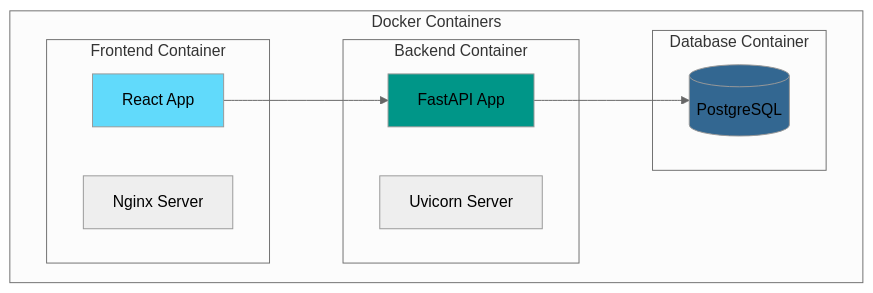
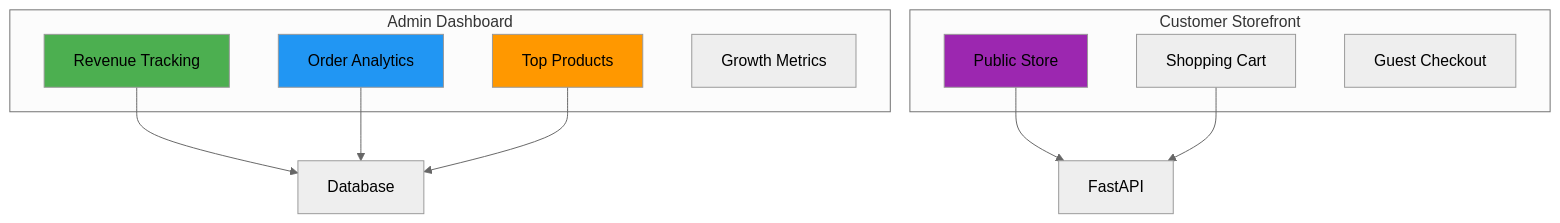
The second of 2 diagrams in README.md (joshzacharytan/generation-capstone), drawn with Mermaid (neutral theme) before and after one commit. The commit also changed other lines of this file and 4 other files, not shown here.

````diff
--- a/README.md
+++ b/README.md
@@ -425,25 +148,26 @@
 ```mermaid
 graph TB
-    subgraph "Docker Containers"
-        subgraph "Frontend Container"
-            React[React App]
-            Nginx[Nginx Server]
-        end
-        
-        subgraph "Backend Container"
-            FastAPI[FastAPI App]
-            Uvicorn[Uvicorn Server]
-        end
-        
-        subgraph "Database Container"
-            Postgres[(PostgreSQL)]
-        end
+    subgraph "Admin Dashboard"
+        Revenue[Revenue Tracking]
+        Orders[Order Analytics]
+        Products[Top Products]
+        Growth[Growth Metrics]
     end
     
-    React --> FastAPI
-    FastAPI --> Postgres
+    subgraph "Customer Storefront"
+        Store[Public Store]
+        Cart[Shopping Cart]
+        Checkout[Guest Checkout]
+    end
     
-    style React fill:#61dafb
-    style FastAPI fill:#009688
-    style Postgres fill:#336791
+    Revenue --> Database
+    Orders --> Database
+    Products --> Database
+    Store --> FastAPI
+    Cart --> FastAPI
+    
+    style Revenue fill:#4CAF50
+    style Orders fill:#2196F3
+    style Products fill:#FF9800
+    style Store fill:#9C27B0
 ```
````
